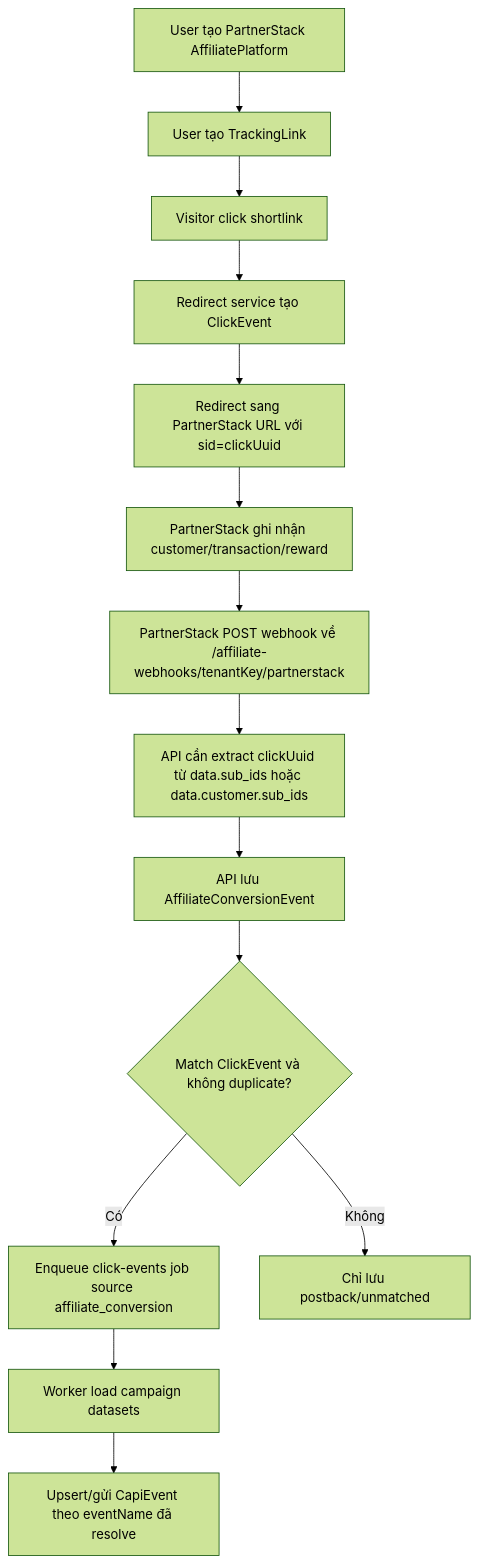
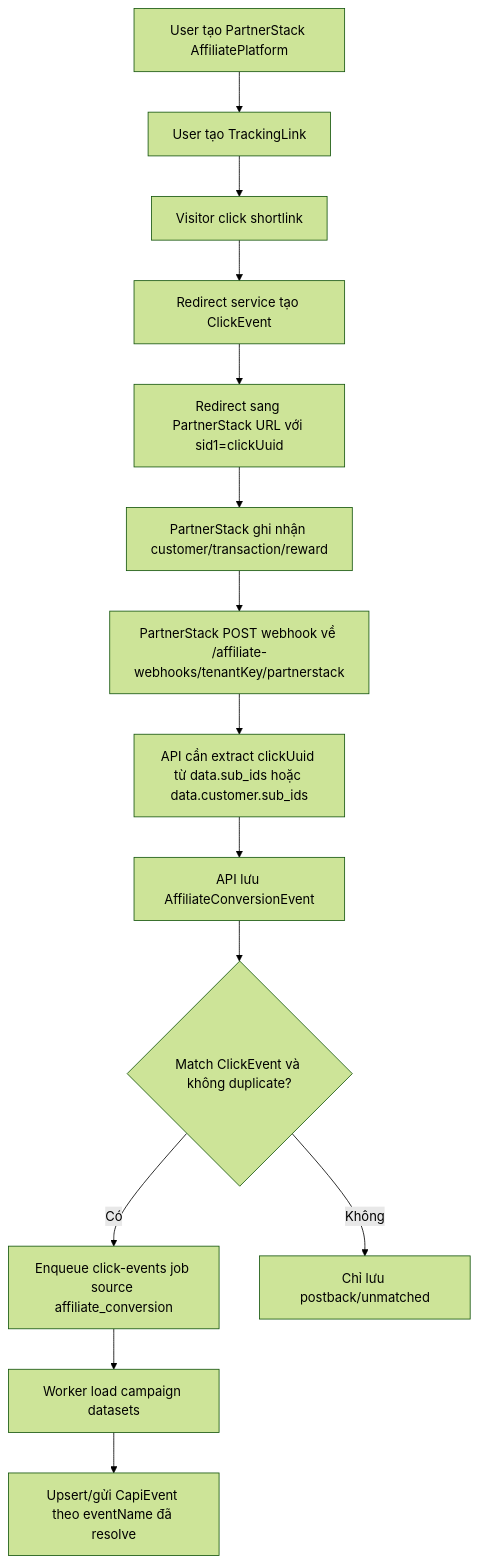
Before and after one commit to hoangsomkt101/tracking-saas-starter: the diagram in context/PARTNERSTACK_CORE.md, drawn with Mermaid (forest theme). The commit also changed other lines of this file and 5 other files, not shown here.

Commit message:
Fix PartnerStack tracking and amounts

````diff
--- a/context/PARTNERSTACK_CORE.md
+++ b/context/PARTNERSTACK_CORE.md
@@ -1008,16 +1008,16 @@
 ```mermaid
 flowchart TD
   A[User tạo PartnerStack AffiliatePlatform] --> B[User tạo TrackingLink]
   B --> C[Visitor click shortlink]
   C --> D[Redirect service tạo ClickEvent]
-  D --> E[Redirect sang PartnerStack URL với sid=clickUuid]
+  D --> E[Redirect sang PartnerStack URL với sid1=clickUuid]
   E --> F[PartnerStack ghi nhận customer/transaction/reward]
   F --> G[PartnerStack POST webhook về /affiliate-webhooks/tenantKey/partnerstack]
   G --> H[API cần extract clickUuid từ data.sub_ids hoặc data.customer.sub_ids]
   H --> I[API lưu AffiliateConversionEvent]
   I --> J{Match ClickEvent và không duplicate?}
   J -->|Có| K[Enqueue click-events job source affiliate_conversion]
   J -->|Không| L[Chỉ lưu postback/unmatched]
   K --> M[Worker load campaign datasets]
   M --> N[Upsert/gửi CapiEvent theo eventName đã resolve]
 ```
````
